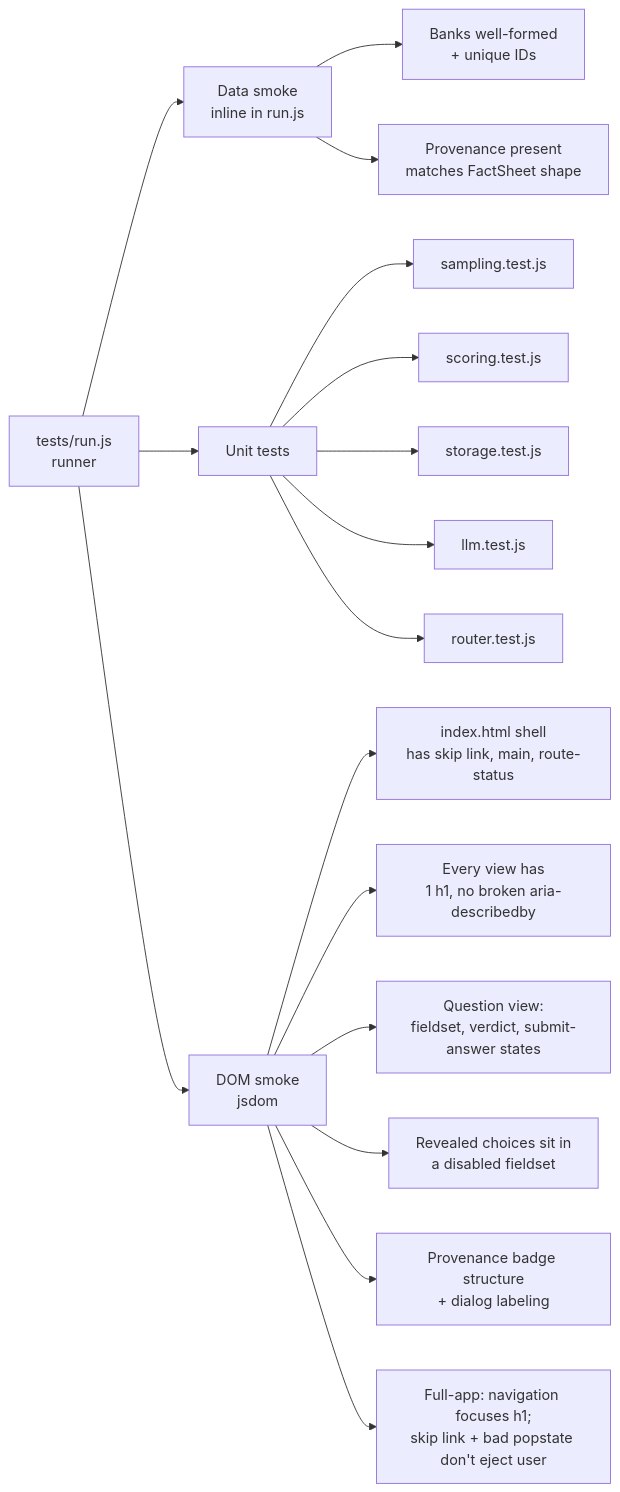
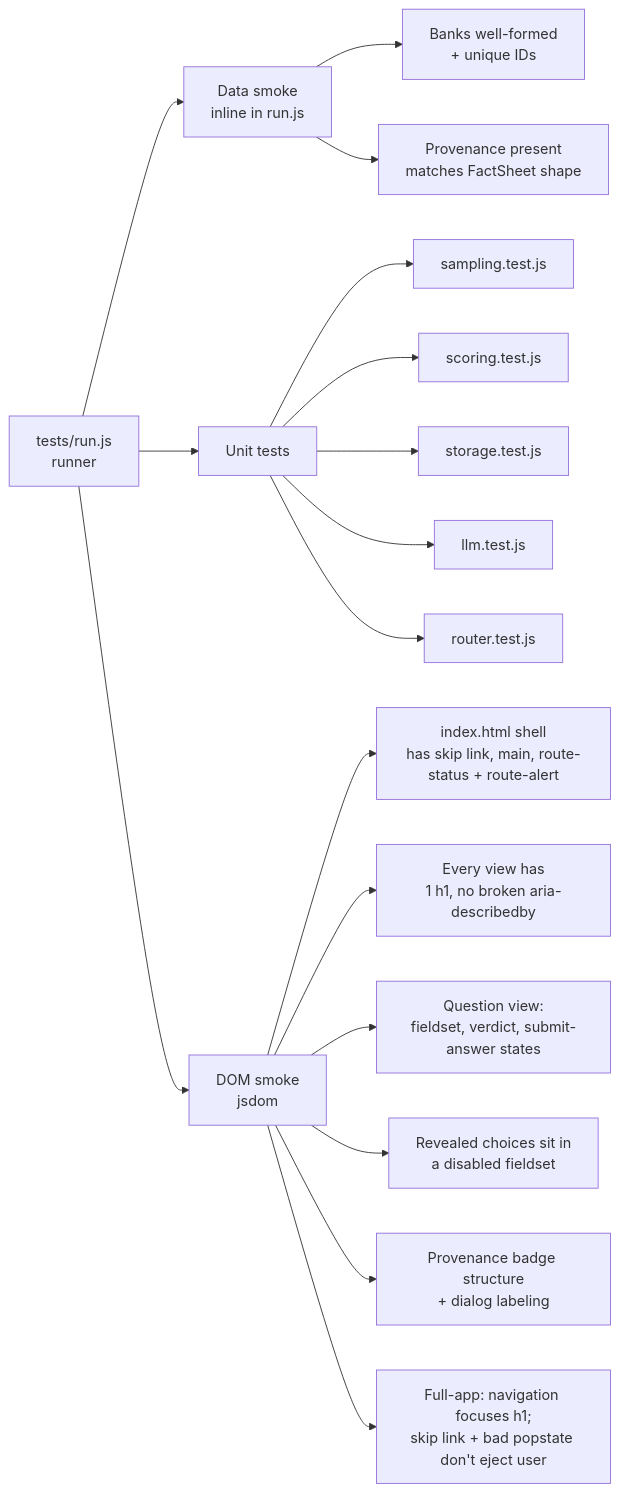
Before and after one commit to lucidsif/cpacc-exam-prep: the fourth of 4 diagrams in ARCHITECTURE.md, drawn with Mermaid. The commit also changed other lines of this file and 42 other files, not shown here.

````diff
--- a/ARCHITECTURE.md
+++ b/ARCHITECTURE.md
@@ -313,26 +313,26 @@
 ```mermaid
 graph LR
   accTitle: Test suite layers
   accDescr: The test runner discovers every *.test.js file in tests/. There are three layers: data smoke tests (inline in run.js) validate data file structure and provenance. Unit tests cover pure logic in sampling, scoring, storage, the LLM provider helper, and the router. DOM smoke tests use jsdom to assert view-level accessibility contracts, including full-app tests that click- and popstate-driven navigation focus the route's h1, and that the skip link and a non-route popstate hash don't reset the app to home.
 
   R[tests/run.js<br/>runner]
   DS[Data smoke<br/>inline in run.js]
   U[Unit tests]
   V[DOM smoke<br/>jsdom]
   R --> DS
   R --> U
   R --> V
   DS --> DSa[Banks well-formed<br/>+ unique IDs]
   DS --> DSb[Provenance present<br/>matches FactSheet shape]
   U --> Ua[sampling.test.js]
   U --> Ub[scoring.test.js]
   U --> Uc[storage.test.js]
   U --> Ud[llm.test.js]
   U --> Ue[router.test.js]
-  V --> Va[index.html shell<br/>has skip link, main, route-status]
+  V --> Va[index.html shell<br/>has skip link, main, route-status + route-alert]
   V --> Vb[Every view has<br/>1 h1, no broken aria-describedby]
   V --> Vc[Question view:<br/>fieldset, verdict, submit-answer states]
   V --> Vd[Revealed choices sit in<br/>a disabled fieldset]
   V --> Ve[Provenance badge structure<br/>+ dialog labeling]
   V --> Vf[Full-app: navigation focuses h1;<br/>skip link + bad popstate don't eject user]
 ```
````
